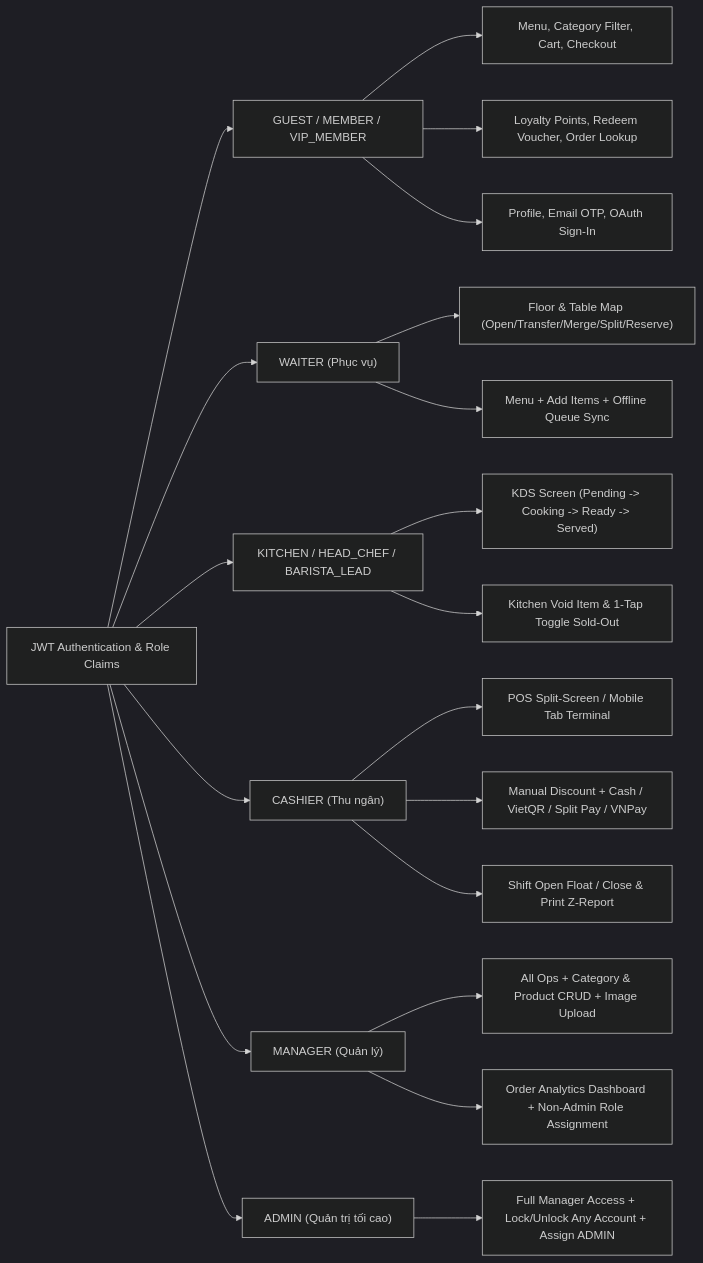
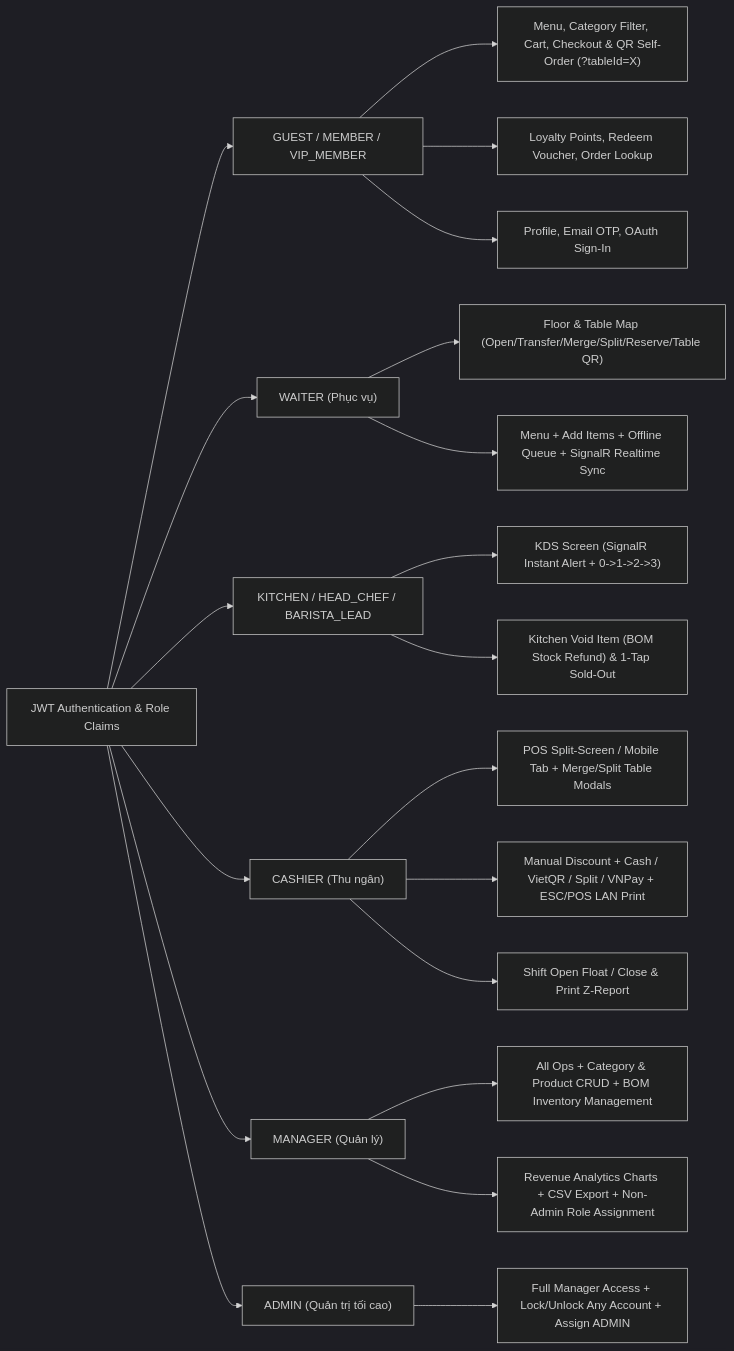
Before and after one commit to TanNguyen234/restaurant-pos-system: the diagram in defense_guide/diagrams/03_rbac_role_matrix.mmd, drawn with Mermaid (dark theme). The commit also changed 19 other files, not shown here.

Commit message:
docs(readme,defense): update README and oral defense pack with diagrams for 18-table upgraded system

```diff
--- a/defense_guide/diagrams/03_rbac_role_matrix.mmd
+++ b/defense_guide/diagrams/03_rbac_role_matrix.mmd
@@ -1,26 +1,26 @@
 flowchart LR
     Root["JWT Authentication & Role Claims"] --> Guest["GUEST / MEMBER / VIP_MEMBER"]
     Root --> Waiter["WAITER (Phục vụ)"]
     Root --> Kitchen["KITCHEN / HEAD_CHEF / BARISTA_LEAD"]
     Root --> Cashier["CASHIER (Thu ngân)"]
     Root --> Manager["MANAGER (Quản lý)"]
     Root --> Admin["ADMIN (Quản trị tối cao)"]
 
-    Guest --> G1["Menu, Category Filter, Cart, Checkout"]
+    Guest --> G1["Menu, Category Filter, Cart, Checkout & QR Self-Order (?tableId=X)"]
     Guest --> G2["Loyalty Points, Redeem Voucher, Order Lookup"]
     Guest --> G3["Profile, Email OTP, OAuth Sign-In"]
 
-    Waiter --> W1["Floor & Table Map (Open/Transfer/Merge/Split/Reserve)"]
-    Waiter --> W2["Menu + Add Items + Offline Queue Sync"]
+    Waiter --> W1["Floor & Table Map (Open/Transfer/Merge/Split/Reserve/Table QR)"]
+    Waiter --> W2["Menu + Add Items + Offline Queue + SignalR Realtime Sync"]
 
-    Kitchen --> K1["KDS Screen (Pending -> Cooking -> Ready -> Served)"]
-    Kitchen --> K2["Kitchen Void Item & 1-Tap Toggle Sold-Out"]
+    Kitchen --> K1["KDS Screen (SignalR Instant Alert + 0->1->2->3)"]
+    Kitchen --> K2["Kitchen Void Item (BOM Stock Refund) & 1-Tap Sold-Out"]
 
-    Cashier --> C1["POS Split-Screen / Mobile Tab Terminal"]
-    Cashier --> C2["Manual Discount + Cash / VietQR / Split Pay / VNPay"]
+    Cashier --> C1["POS Split-Screen / Mobile Tab + Merge/Split Table Modals"]
+    Cashier --> C2["Manual Discount + Cash / VietQR / Split / VNPay + ESC/POS LAN Print"]
     Cashier --> C3["Shift Open Float / Close & Print Z-Report"]
 
-    Manager --> M1["All Ops + Category & Product CRUD + Image Upload"]
-    Manager --> M2["Order Analytics Dashboard + Non-Admin Role Assignment"]
+    Manager --> M1["All Ops + Category & Product CRUD + BOM Inventory Management"]
+    Manager --> M2["Revenue Analytics Charts + CSV Export + Non-Admin Role Assignment"]
 
     Admin --> A1["Full Manager Access + Lock/Unlock Any Account + Assign ADMIN"]
```
